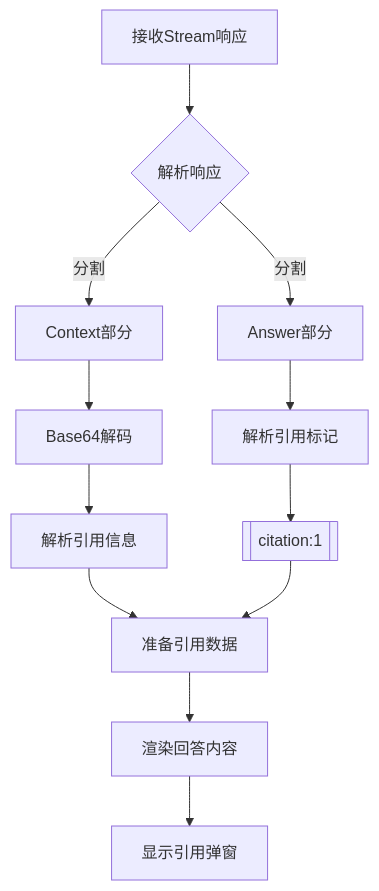
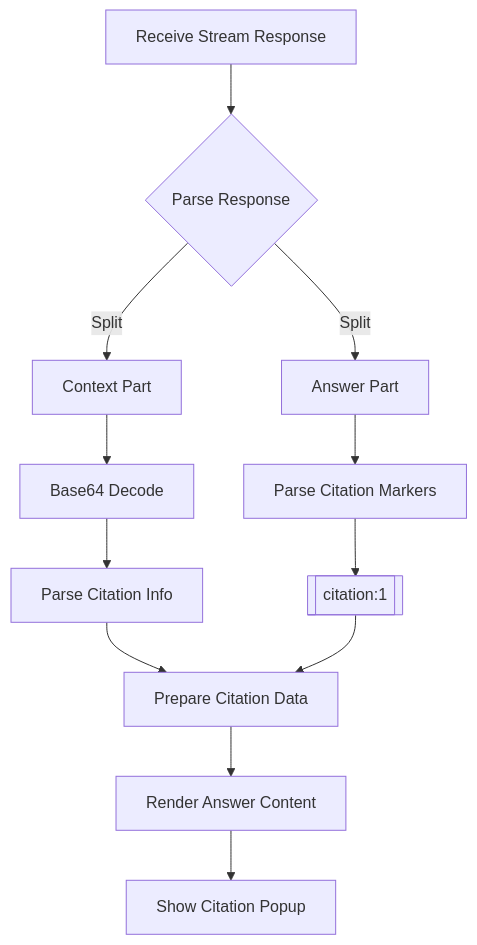
Before and after one commit to rag-web-ui/rag-web-ui: the sixth of 6 diagrams in docs/tutorial/README.md, drawn with Mermaid. The commit also changed other lines of this file and 1 other file, not shown here.

````diff
--- a/docs/tutorial/README.md
+++ b/docs/tutorial/README.md
@@ -666,18 +664,18 @@
 ```mermaid
 flowchart TD
-    A[接收Stream响应] --> B{解析响应}
-    B -->|分割| C[Context部分]
-    B -->|分割| D[Answer部分]
-    
-    C --> E[Base64解码]
-    E --> F[解析引用信息]
-    
-    D --> G[解析引用标记]
-    G --> H[[citation:1]]
-    
-    F --> I[准备引用数据]
-    H --> I
-    
-    I --> J[渲染回答内容]
-    J --> K[显示引用弹窗]
+  A[Receive Stream Response] --> B{Parse Response}
+  B -->|Split| C[Context Part]
+  B -->|Split| D[Answer Part]
+  
+  C --> E[Base64 Decode]
+  E --> F[Parse Citation Info]
+  
+  D --> G[Parse Citation Markers]
+  G --> H[[citation:1]]
+  
+  F --> I[Prepare Citation Data]
+  H --> I
+  
+  I --> J[Render Answer Content]
+  J --> K[Show Citation Popup]
 ```
````
